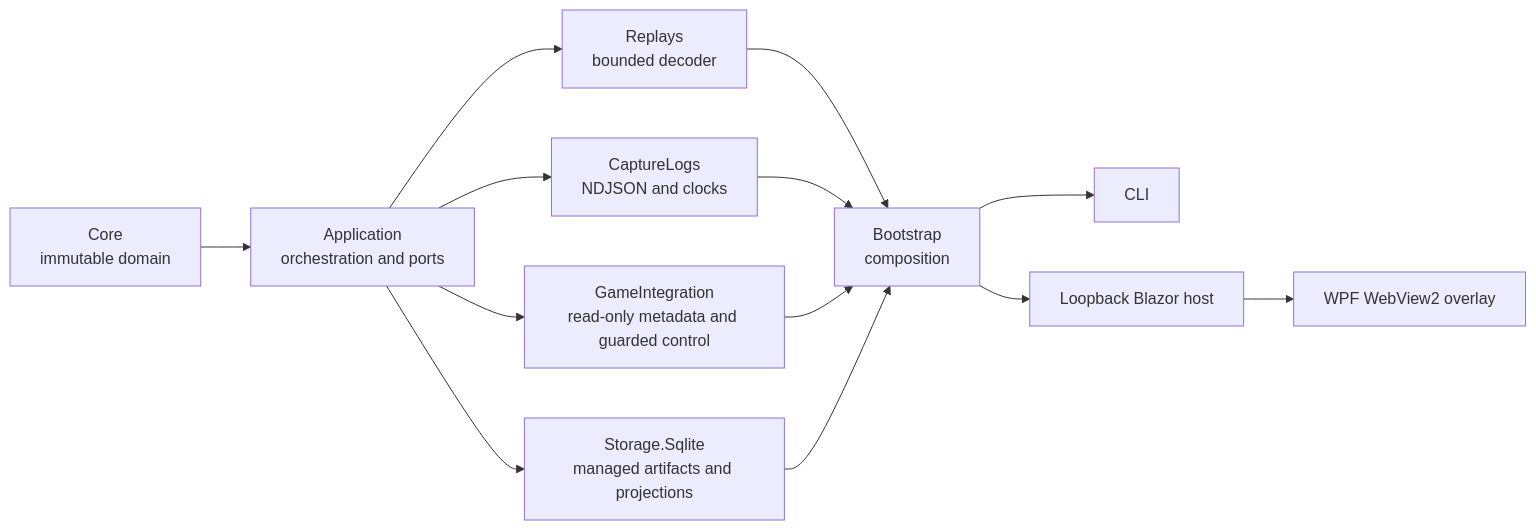
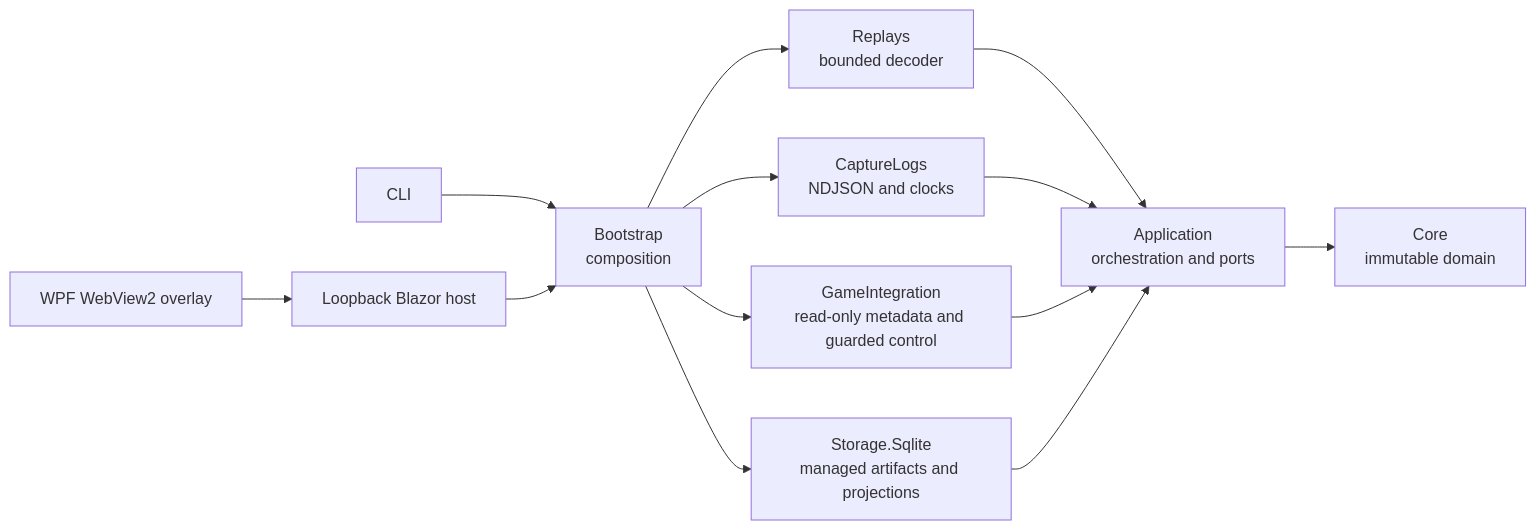
Before and after one commit to 360madden/wotb_reader: the diagram in docs/architecture/overview.md, drawn with Mermaid. The commit also changed other lines of this file and 9 other files, not shown here.

Commit message:
docs(repo): add architecture and project context

````diff
--- a/docs/architecture/overview.md
+++ b/docs/architecture/overview.md
@@ -11,15 +20,15 @@
 ```mermaid
 flowchart LR
-    Core["Core\nimmutable domain"] --> App["Application\norchestration and ports"]
-    App --> Replay["Replays\nbounded decoder"]
-    App --> Capture["CaptureLogs\nNDJSON and clocks"]
-    App --> Game["GameIntegration\nread-only metadata and guarded control"]
-    App --> Storage["Storage.Sqlite\nmanaged artifacts and projections"]
-    Replay --> Boot["Bootstrap\ncomposition"]
-    Capture --> Boot
-    Game --> Boot
-    Storage --> Boot
-    Boot --> Cli["CLI"]
-    Boot --> Web["Loopback Blazor host"]
-    Web --> Overlay["WPF WebView2 overlay"]
+    App["Application\norchestration and ports"] --> Core["Core\nimmutable domain"]
+    Replay["Replays\nbounded decoder"] --> App
+    Capture["CaptureLogs\nNDJSON and clocks"] --> App
+    Game["GameIntegration\nread-only metadata and guarded control"] --> App
+    Storage["Storage.Sqlite\nmanaged artifacts and projections"] --> App
+    Boot["Bootstrap\ncomposition"] --> Replay
+    Boot --> Capture
+    Boot --> Game
+    Boot --> Storage
+    Cli["CLI"] --> Boot
+    Web["Loopback Blazor host"] --> Boot
+    Overlay["WPF WebView2 overlay"] --> Web
 ```
````
